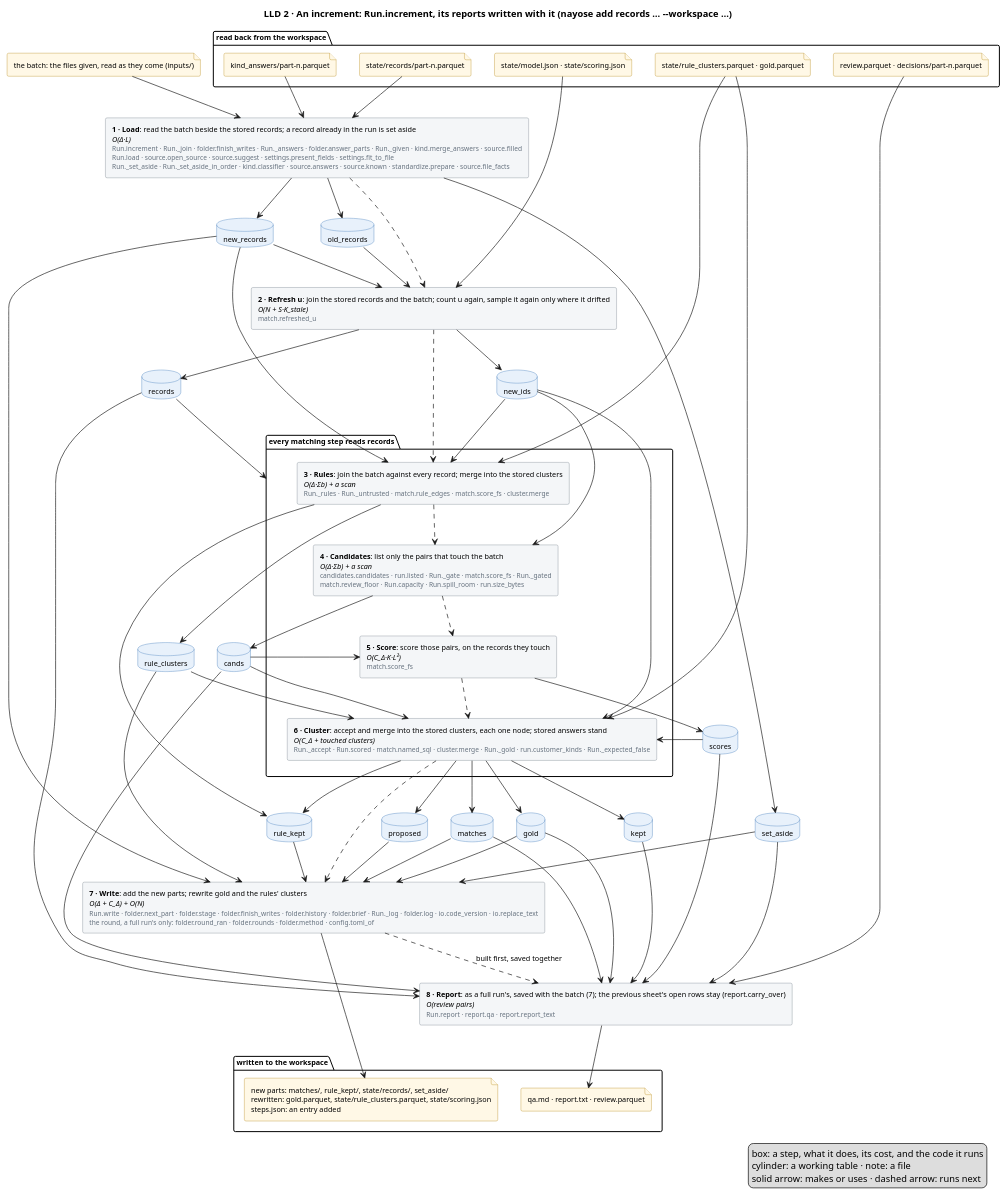
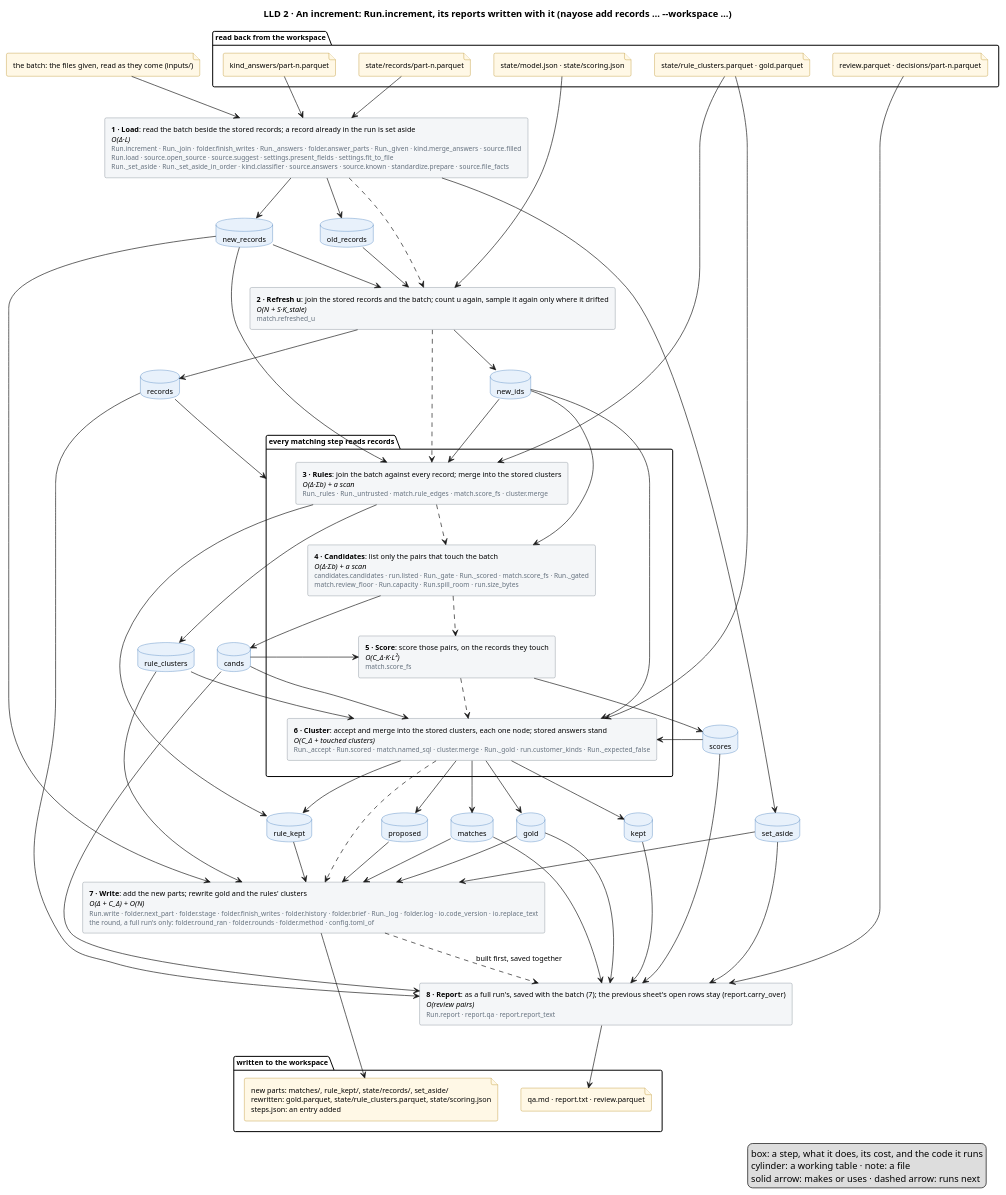
One commit to mvsbm/entity_matching changed the diagram in docs/diagrams/increment.puml. Above: the diagram before and after it, drawn with PlantUML. The commit also changed 7 other files, not shown here.

First line of the commit message:
The audit of rules and candidates: big blocks' samples scored in slices, untrusted values left out before the join, each pair listed once

```diff
--- a/docs/diagrams/increment.puml
+++ b/docs/diagrams/increment.puml
@@ -1,119 +1,119 @@
 @startuml increment
 title LLD 2 · An increment: Run.increment, its reports written with it (nayose add records … ~--workspace …)
 skinparam defaultFontSize 11
 skinparam rectangle {
   BackgroundColor #F4F6F8
   BorderColor #65717E
 }
 skinparam database {
   BackgroundColor #E8F1FB
   BorderColor #2C6DB3
 }
 skinparam file {
   BackgroundColor #FFF8E6
   BorderColor #B07D00
 }
 
 package "read back from the workspace" {
   file "state/model.json · state/scoring.json" as f_model
   file "state/records/part-n.parquet" as f_records
   file "state/rule_clusters.parquet · gold.parquet" as f_clusters
   file "kind_answers/part-n.parquet" as f_answers
   file "review.parquet · decisions/part-n.parquet" as f_sheet
 }
 file "the batch: the files given, read as they come (inputs/)" as f_batch
 
 
 rectangle "<b>1 · Load</b>: read the batch beside the stored records; a record already in the run is set aside\n<i>O(Δ·L)</i>\n<size:10><color:#65717E>Run.increment · Run._join · folder.finish_writes · Run._answers · folder.answer_parts · Run._given · kind.merge_answers · source.filled</color></size>\n<size:10><color:#65717E>Run.load · source.open_source · source.suggest · settings.present_fields · settings.fit_to_file</color></size>\n<size:10><color:#65717E>Run._set_aside · Run._set_aside_in_order · kind.classifier · source.answers · source.known · standardize.prepare · source.file_facts</color></size>" as load
 rectangle "<b>2 · Refresh u</b>: join the stored records and the batch; count u again, sample it again only where it drifted\n<i>O(N + S·K_stale)</i>\n<size:10><color:#65717E>match.refreshed_u</color></size>" as fit
 package "every matching step reads records" as matching {
   rectangle "<b>3 · Rules</b>: join the batch against every record; merge into the stored clusters\n<i>O(Δ·Σb) + a scan</i>\n<size:10><color:#65717E>Run._rules · Run._untrusted · match.rule_edges · match.score_fs · cluster.merge</color></size>" as rules
-  rectangle "<b>4 · Candidates</b>: list only the pairs that touch the batch\n<i>O(Δ·Σb) + a scan</i>\n<size:10><color:#65717E>candidates.candidates · run.listed · Run._gate · match.score_fs · Run._gated</color></size>\n<size:10><color:#65717E>match.review_floor · Run.capacity · Run.spill_room · run.size_bytes</color></size>" as candidates
+  rectangle "<b>4 · Candidates</b>: list only the pairs that touch the batch\n<i>O(Δ·Σb) + a scan</i>\n<size:10><color:#65717E>candidates.candidates · run.listed · Run._gate · Run._scored · match.score_fs · Run._gated</color></size>\n<size:10><color:#65717E>match.review_floor · Run.capacity · Run.spill_room · run.size_bytes</color></size>" as candidates
   rectangle "<b>5 · Score</b>: score those pairs, on the records they touch\n<i>O(C_Δ·K·L²)</i>\n<size:10><color:#65717E>match.score_fs</color></size>" as score
   rectangle "<b>6 · Cluster</b>: accept and merge into the stored clusters, each one node; stored answers stand\n<i>O(C_Δ + touched clusters)</i>\n<size:10><color:#65717E>Run._accept · Run.scored · match.named_sql · cluster.merge · Run._gold · run.customer_kinds · Run._expected_false</color></size>" as cluster
 }
 rectangle "<b>7 · Write</b>: add the new parts; rewrite gold and the rules' clusters\n<i>O(Δ + C_Δ) + O(N)</i>\n<size:10><color:#65717E>Run.write · folder.next_part · folder.stage · folder.finish_writes · folder.history · folder.brief · Run._log · folder.log · io.code_version · io.replace_text</color></size>\n<size:10><color:#65717E>the round, a full run's only: folder.round_ran · folder.rounds · folder.method · config.toml_of</color></size>" as write
 rectangle "<b>8 · Report</b>: as a full run's, saved with the batch (7); the previous sheet's open rows stay (report.carry_over)\n<i>O(review pairs)</i>\n<size:10><color:#65717E>Run.report · report.qa · report.report_text</color></size>" as report
 database "old_records" as old_records
 database "new_records" as new_records
 database "set_aside" as set_aside
 database "records" as records
 database "new_ids" as new_ids
 database "rule_clusters" as rule_clusters
 database "rule_kept" as rule_kept
 database "cands" as cands
 database "scores" as scores
 database "matches" as matches
 database "proposed" as proposed
 database "kept" as kept
 database "gold" as gold
 
 package "written to the workspace" {
   file "new parts: matches/, rule_kept/, state/records/, set_aside/\nrewritten: gold.parquet, state/rule_clusters.parquet, state/scoring.json\nsteps.json: an entry added" as f_out
   file "qa.md · report.txt · review.parquet" as f_people
 }
 
 f_batch --> load
 f_records --> load
 f_answers --> load
 f_model --> fit
 f_clusters --> rules
 f_clusters --> cluster
 f_sheet --> report
 
 load ..> fit
 fit ..> rules
 rules ..> candidates
 candidates ..> score
 score ..> cluster
 cluster ..> write
 write ..> report : built first, saved together
 
 load --> old_records
 load --> new_records
 load --> set_aside
 old_records --> fit
 new_records --> fit
 fit --> records
 fit --> new_ids
 records --> matching
 new_records --> rules
 new_ids --> rules
 rules --> rule_clusters
 rules --> rule_kept
 new_ids --> candidates
 candidates --> cands
 cands --> score
 score --> scores
 new_ids --> cluster
 rule_clusters --> cluster
 cands --> cluster
 scores --> cluster
 cluster --> matches
 cluster --> proposed
 cluster --> kept
 cluster --> rule_kept
 kept --> report
 proposed --> write
 cluster --> gold
 new_records --> write
 rule_clusters --> write
 rule_kept --> write
 matches --> write
 gold --> write
 set_aside --> write
 records --> report
 cands --> report
 scores --> report
 matches --> report
 gold --> report
 set_aside --> report
 
 write --> f_out
 report --> f_people
 legend right
   box: a step, what it does, its cost, and the code it runs
   cylinder: a working table · note: a file
   solid arrow: makes or uses · dashed arrow: runs next
 endlegend
 @enduml
```
